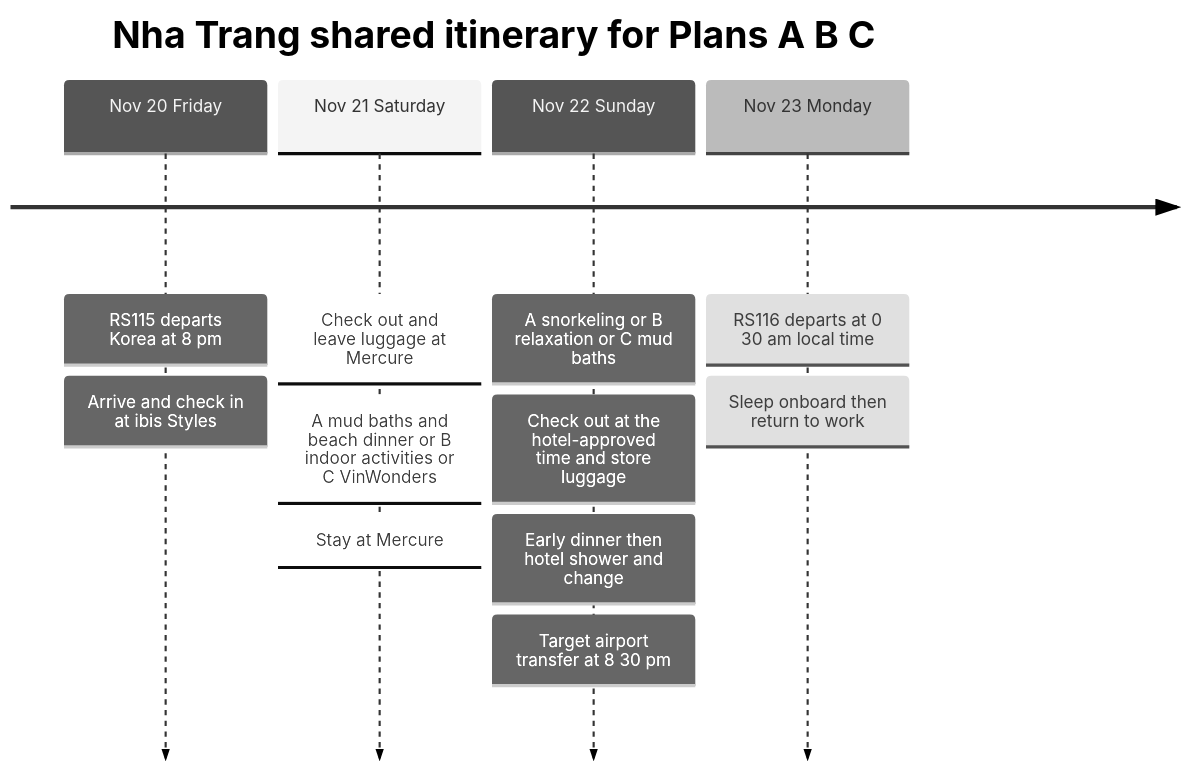
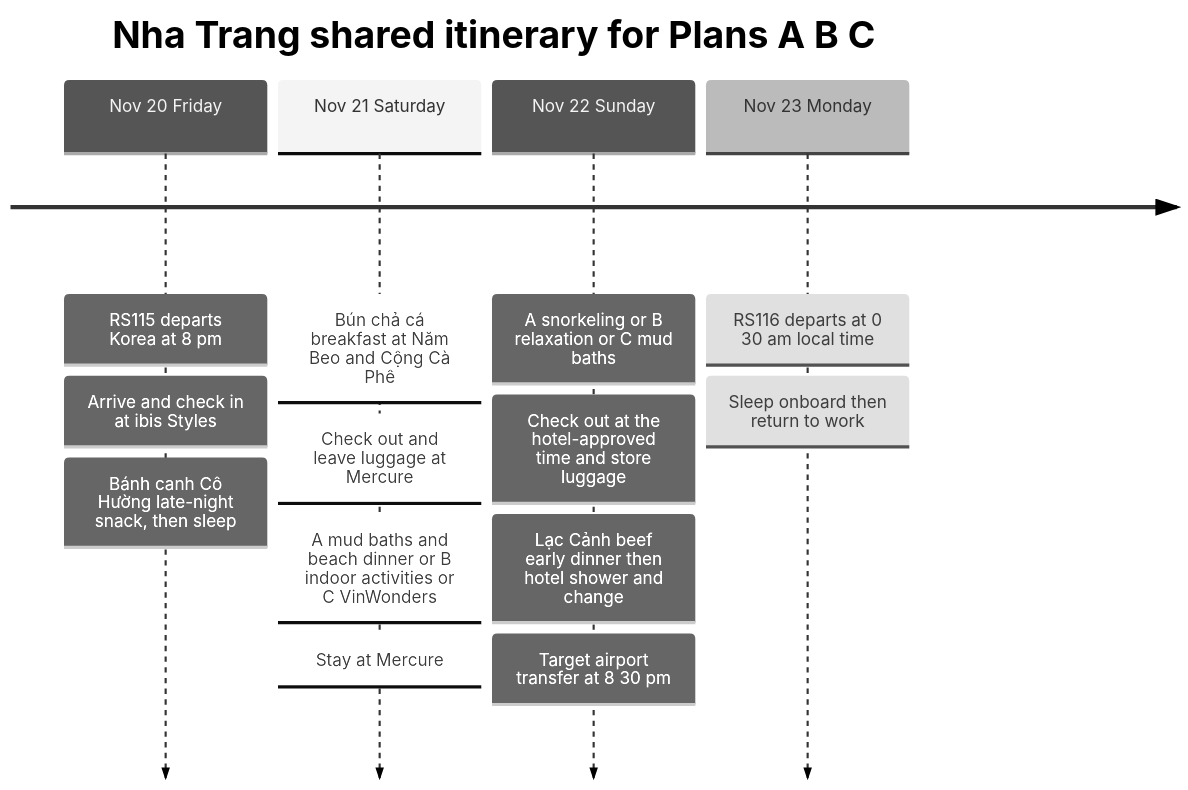
Before and after one commit to gongdongho12/commit-map: the diagram in src/content/postTranslations/2026-11-20-nha-trang-en.md, drawn with Mermaid (neutral theme). The commit also changed other lines of this file and 3 other files, not shown here.

````diff
--- a/src/content/postTranslations/2026-11-20-nha-trang-en.md
+++ b/src/content/postTranslations/2026-11-20-nha-trang-en.md
@@ -49,15 +82,17 @@
 ```mermaid
 timeline
   title Nha Trang shared itinerary for Plans A B C
   Nov 20 Friday : RS115 departs Korea at 8 pm
                 : Arrive and check in at ibis Styles
-  Nov 21 Saturday : Check out and leave luggage at Mercure
+                : Bánh canh Cô Hường late-night snack, then sleep
+  Nov 21 Saturday : Bún chả cá breakfast at Năm Beo and Cộng Cà Phê
+                  : Check out and leave luggage at Mercure
                   : A mud baths and beach dinner or B indoor activities or C VinWonders
                   : Stay at Mercure
   Nov 22 Sunday : A snorkeling or B relaxation or C mud baths
                 : Check out at the hotel-approved time and store luggage
-                : Early dinner then hotel shower and change
+                : Lạc Cảnh beef early dinner then hotel shower and change
                 : Target airport transfer at 8 30 pm
   Nov 23 Monday : RS116 departs at 0 30 am local time
                 : Sleep onboard then return to work
 ```
````
